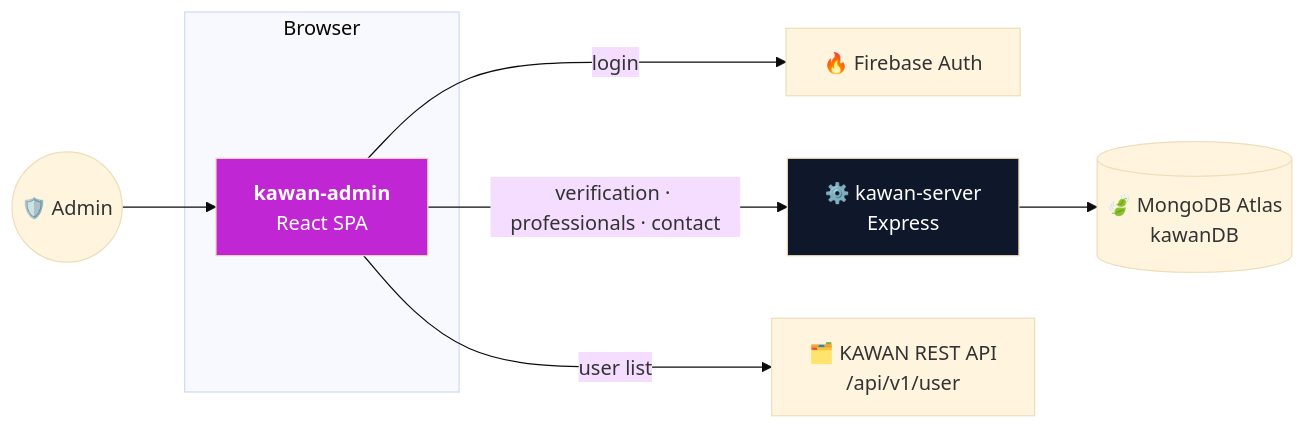
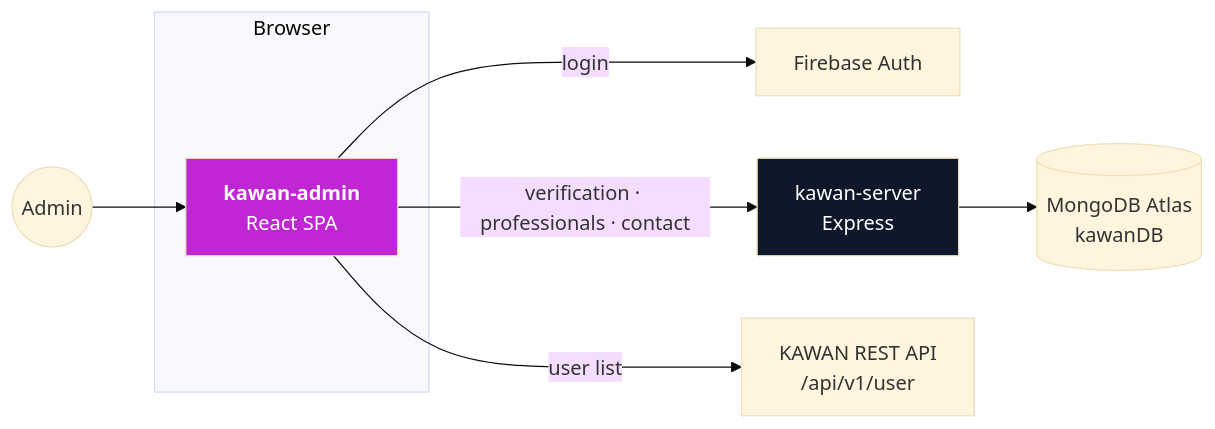
Before and after one commit to mahfuzhasanreza/kawan-admin: the first of 5 diagrams in README.md, drawn with Mermaid (base theme). The commit also changed other lines of this file and 2 other files, not shown here.

````diff
--- a/README.md
+++ b/README.md
@@ -88,20 +97,20 @@
 ```mermaid
 flowchart LR
-    AD(("🛡️ Admin"))
+    AD(("Admin"))
     subgraph Browser
         APP["<b>kawan-admin</b><br/>React SPA"]
     end
-    FB["🔥 Firebase Auth"]
-    KS["⚙️ kawan-server<br/>Express"]
-    DB[("🍃 MongoDB Atlas<br/>kawanDB")]
-    KR["🗂️ KAWAN REST API<br/>/api/v1/user"]
+    FB["Firebase Auth"]
+    KS["kawan-server<br/>Express"]
+    DB[("MongoDB Atlas<br/>kawanDB")]
+    KR["KAWAN REST API<br/>/api/v1/user"]
 
     AD --> APP
     APP -->|"login"| FB
     APP -->|"verification · professionals · contact"| KS
     KS --> DB
     APP -->|"user list"| KR
 
     style APP fill:#c026d3,color:#fff
     style KS fill:#0f172a,color:#fff
 ```
````
